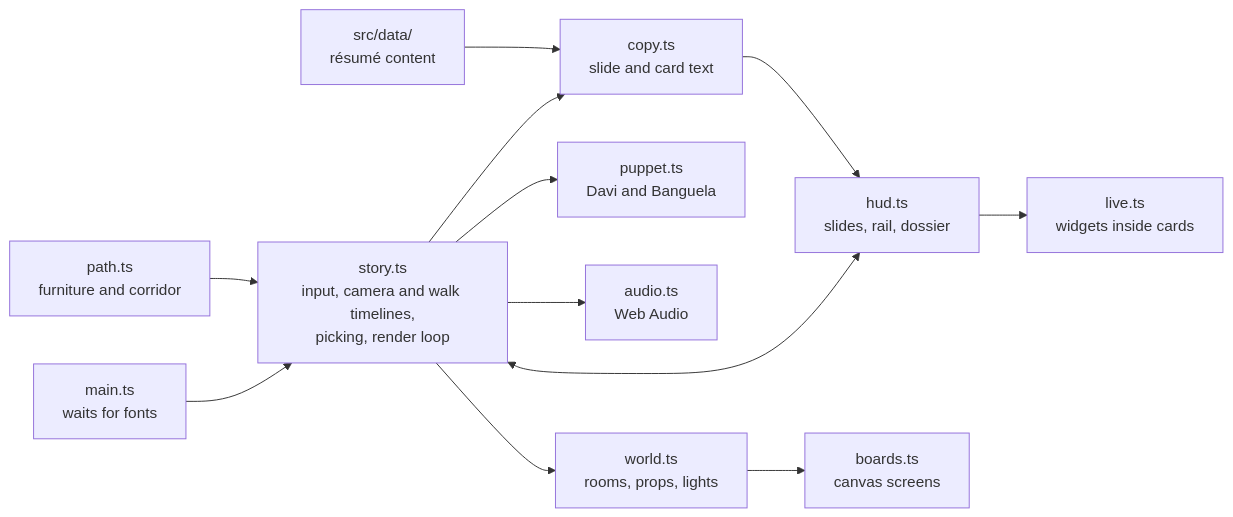
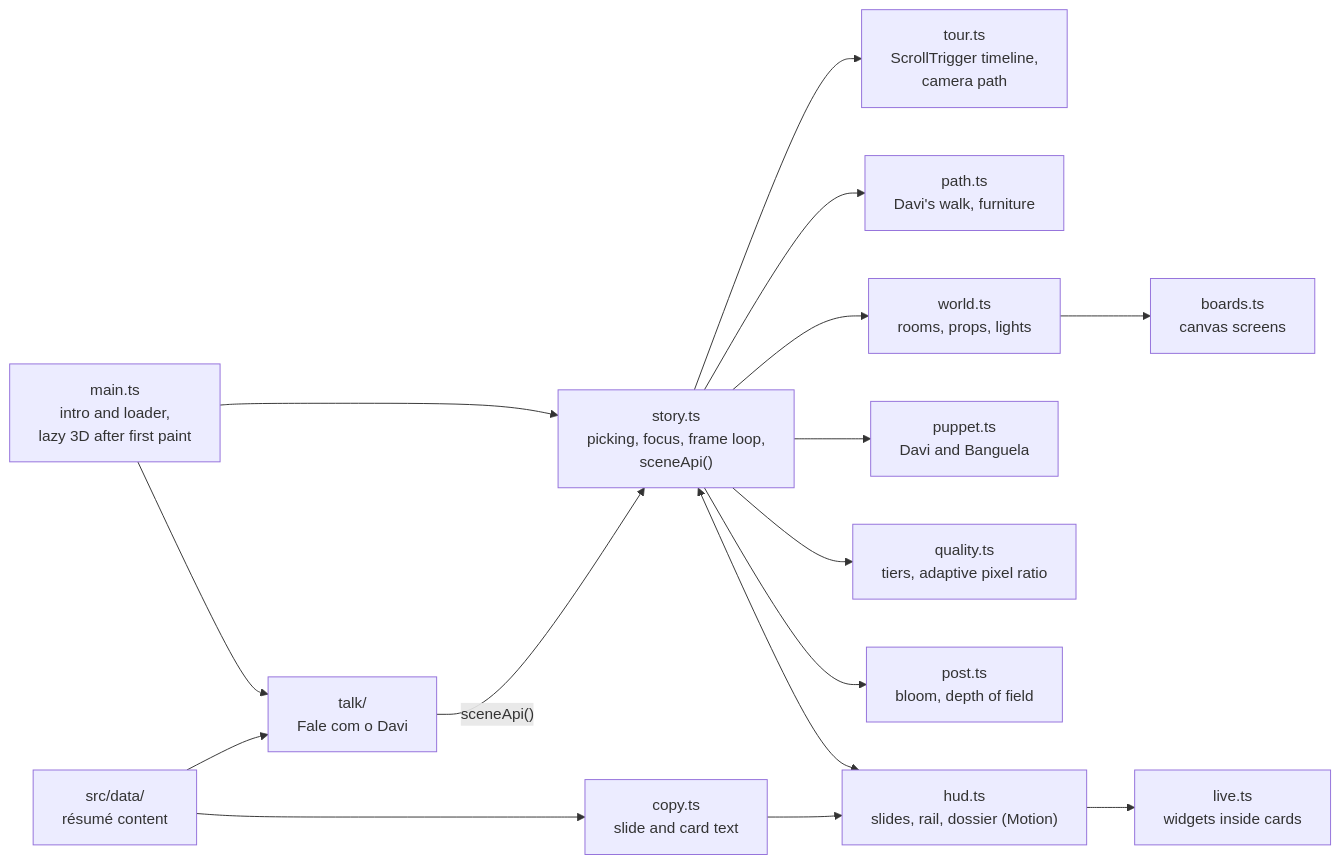
Before and after one commit to DaviBragaBA/davi-diorama: the diagram in README.md, drawn with Mermaid. The commit also changed other lines of this file and 3 other files, not shown here.

First line of the commit message:
docs: describe the scroll tour and "Fale com o Davi" in the README

````diff
--- a/README.md
+++ b/README.md
@@ -33,14 +47,18 @@
 ```mermaid
 flowchart LR
-  main["main.ts<br/>waits for fonts"] --> story["story.ts<br/>input, camera and walk timelines,<br/>picking, render loop"]
+  main["main.ts<br/>intro and loader,<br/>lazy 3D after first paint"] --> story["story.ts<br/>picking, focus, frame loop,<br/>sceneApi()"]
+  story --> tour["tour.ts<br/>ScrollTrigger timeline,<br/>camera path"]
+  story --> pathm["path.ts<br/>Davi's walk, furniture"]
   story --> world["world.ts<br/>rooms, props, lights"]
   story --> puppet["puppet.ts<br/>Davi and Banguela"]
-  story --> audio["audio.ts<br/>Web Audio"]
-  story --> copy["copy.ts<br/>slide and card text"]
-  story <--> hud["hud.ts<br/>slides, rail, dossier"]
+  story --> quality["quality.ts<br/>tiers, adaptive pixel ratio"]
+  story --> post["post.ts<br/>bloom, depth of field"]
+  story <--> hud["hud.ts<br/>slides, rail, dossier (Motion)"]
   world --> boards["boards.ts<br/>canvas screens"]
-  data["src/data/<br/>résumé content"] --> copy
+  data["src/data/<br/>résumé content"] --> copy["copy.ts<br/>slide and card text"]
   copy --> hud
   hud --> live["live.ts<br/>widgets inside cards"]
-  path["path.ts<br/>furniture and corridor"] --> story
+  main --> talk["talk/<br/>Fale com o Davi"]
+  talk -- "sceneApi()" --> story
+  data --> talk
 ```
````
